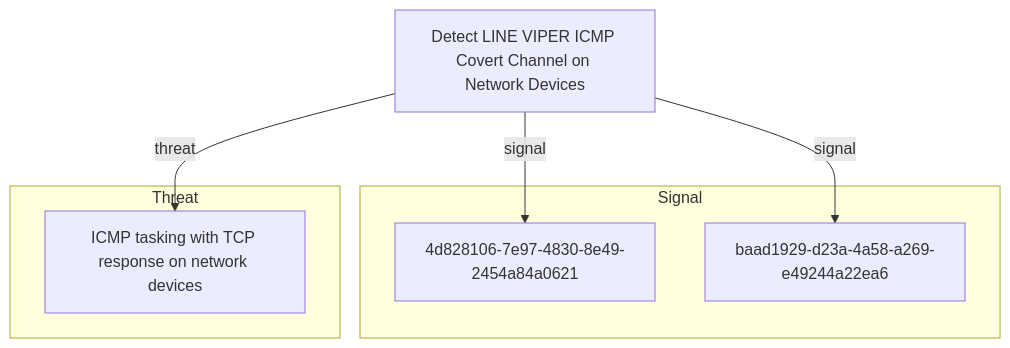
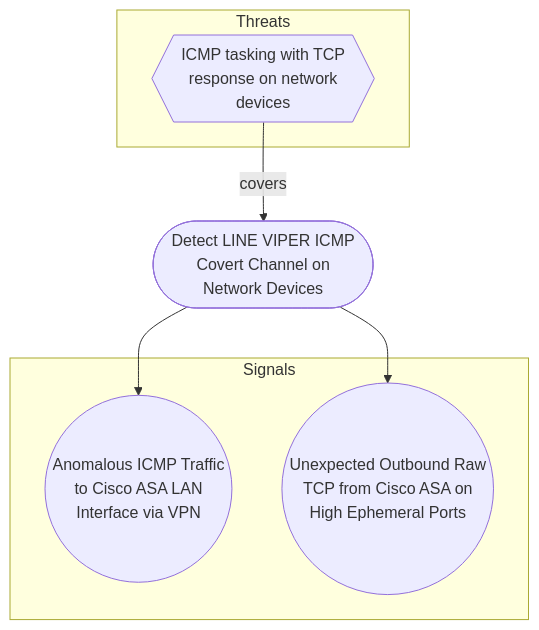
The diagram in docs/objectives/detect-line-viper-icmp-covert-channel-on-network-devices.md (opentidehq/library), drawn with Mermaid before and after one commit. The commit also changed other lines of this file and 540 other files, not shown here.

````diff
--- a/docs/objectives/detect-line-viper-icmp-covert-channel-on-network-devices.md
+++ b/docs/objectives/detect-line-viper-icmp-covert-channel-on-network-devices.md
@@ -167,14 +168,14 @@
 ```mermaid
 flowchart TB
-subgraph "Signal"
-4d828106_7e97_4830_8e49_2454a84a0621["4d828106-7e97-4830-8e49-2454a84a0621"]
-baad1929_d23a_4a58_a269_e49244a22ea6["baad1929-d23a-4a58-a269-e49244a22ea6"]
+subgraph "Threats"
+2a5faf22_c526_4d49_81b9_6a7b895de58b{{"ICMP tasking with TCP<br>response on network<br>devices"}}
 end
-subgraph "Threat"
-2a5faf22_c526_4d49_81b9_6a7b895de58b["ICMP tasking with TCP response on network devices"]
+subgraph "Signals"
+baad1929_d23a_4a58_a269_e49244a22ea6(("Anomalous ICMP Traffic<br>to Cisco ASA LAN<br>Interface via VPN"))
+4d828106_7e97_4830_8e49_2454a84a0621(("Unexpected Outbound Raw<br>TCP from Cisco ASA on<br>High Ephemeral Ports"))
 end
-d8372ac1_2740_4cb2_b834_2e1622380b7b["Detect LINE VIPER ICMP Covert Channel on Network Devices"]
-d8372ac1_2740_4cb2_b834_2e1622380b7b -->|signal| 4d828106_7e97_4830_8e49_2454a84a0621
-d8372ac1_2740_4cb2_b834_2e1622380b7b -->|signal| baad1929_d23a_4a58_a269_e49244a22ea6
-d8372ac1_2740_4cb2_b834_2e1622380b7b -->|threat| 2a5faf22_c526_4d49_81b9_6a7b895de58b
+d8372ac1_2740_4cb2_b834_2e1622380b7b(["Detect LINE VIPER ICMP<br>Covert Channel on<br>Network Devices"])
+2a5faf22_c526_4d49_81b9_6a7b895de58b -->|covers| d8372ac1_2740_4cb2_b834_2e1622380b7b
+d8372ac1_2740_4cb2_b834_2e1622380b7b --> baad1929_d23a_4a58_a269_e49244a22ea6
+d8372ac1_2740_4cb2_b834_2e1622380b7b --> 4d828106_7e97_4830_8e49_2454a84a0621
 ```
````
